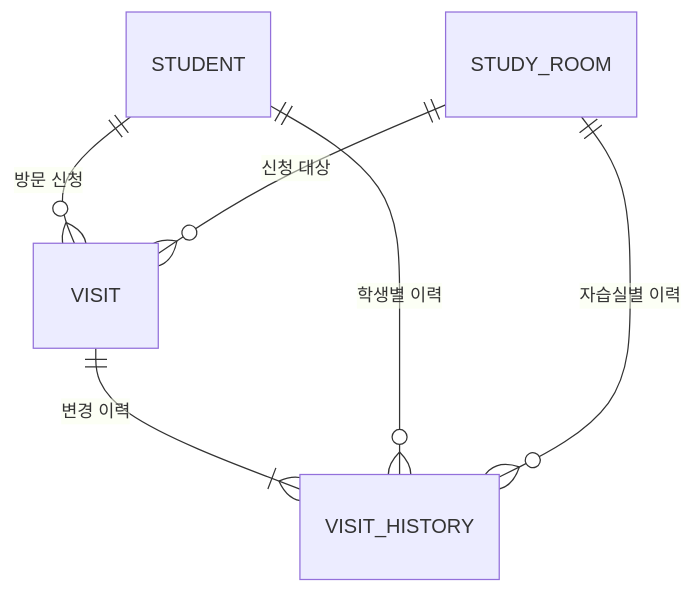
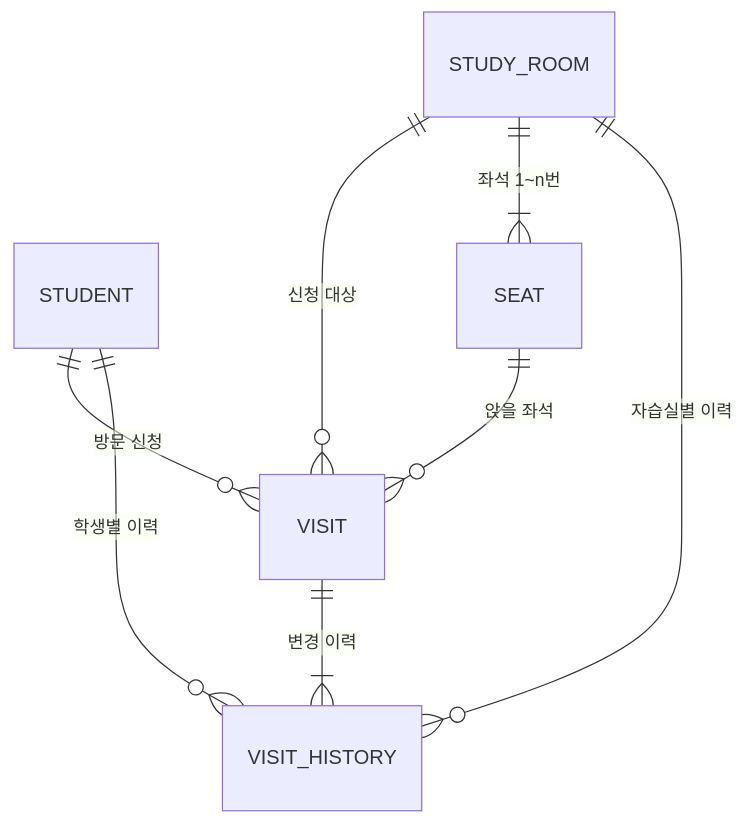
The first of 3 diagrams in docs/database.md (JungMINI-developer/hiconsy-task), drawn with Mermaid before and after one commit. The commit also changed other lines of this file, not shown here.

````diff
--- a/docs/database.md
+++ b/docs/database.md
@@ -12,8 +12,10 @@
 ```mermaid
 erDiagram
   STUDENT ||--o{ VISIT : "방문 신청"
   STUDY_ROOM ||--o{ VISIT : "신청 대상"
+  STUDY_ROOM ||--|{ SEAT : "좌석 1~n번"
+  SEAT ||--o{ VISIT : "앉을 좌석"
   VISIT ||--|{ VISIT_HISTORY : "변경 이력"
   STUDENT ||--o{ VISIT_HISTORY : "학생별 이력"
   STUDY_ROOM ||--o{ VISIT_HISTORY : "자습실별 이력"
 ```
````
